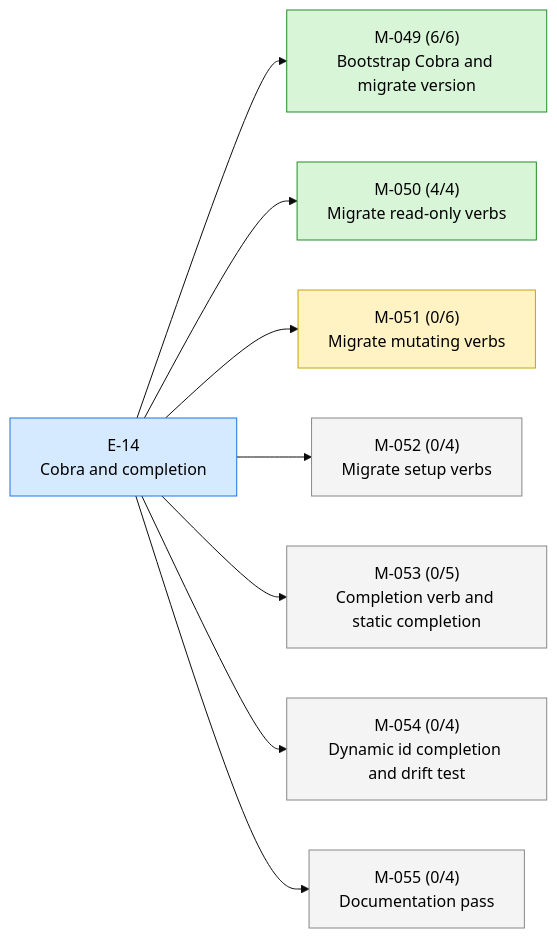
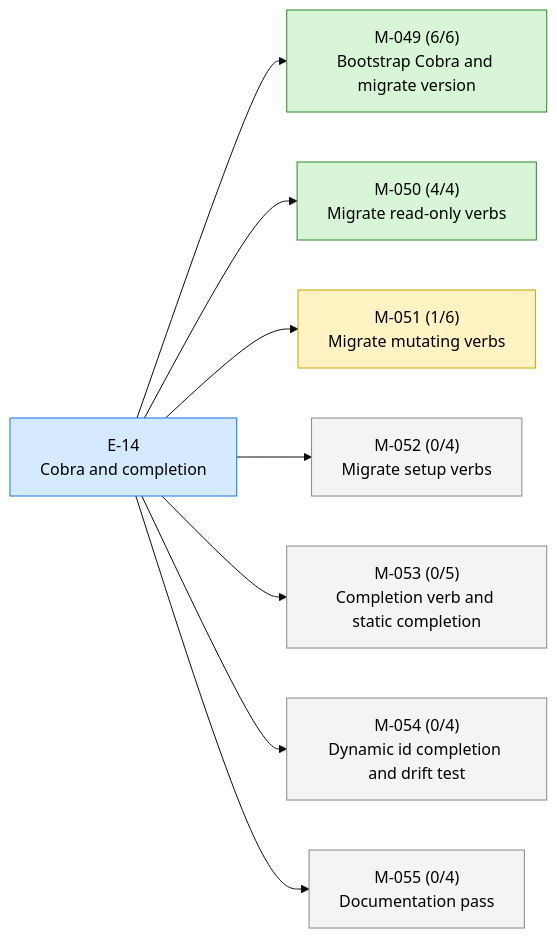
Before and after one commit to 23min/aiwf: the first of 2 diagrams in STATUS.md, drawn with Mermaid (base theme). The commit also changed other lines of this file and 1 other file, not shown here.

Commit message:
aiwf promote M-051/AC-1 open -> met
aiwf-verb: promote
aiwf-entity: M-051/AC-1
aiwf-actor: human/peter
aiwf-to: met

````diff
--- a/STATUS.md
+++ b/STATUS.md
@@ -17,24 +17,24 @@
 ```mermaid
 flowchart LR
   E_14["E-14<br/>Cobra and completion"]:::epic_active
   M_049["M-049 (6/6)<br/>Bootstrap Cobra and migrate version"]:::ms_done
   E_14 --> M_049
   M_050["M-050 (4/4)<br/>Migrate read-only verbs"]:::ms_done
   E_14 --> M_050
-  M_051["M-051 (0/6)<br/>Migrate mutating verbs"]:::ms_in_progress
+  M_051["M-051 (1/6)<br/>Migrate mutating verbs"]:::ms_in_progress
   E_14 --> M_051
   M_052["M-052 (0/4)<br/>Migrate setup verbs"]:::ms_draft
   E_14 --> M_052
   M_053["M-053 (0/5)<br/>Completion verb and static completion"]:::ms_draft
   E_14 --> M_053
   M_054["M-054 (0/4)<br/>Dynamic id completion and drift test"]:::ms_draft
   E_14 --> M_054
   M_055["M-055 (0/4)<br/>Documentation pass"]:::ms_draft
   E_14 --> M_055
   classDef epic_active fill:#d6eaff,stroke:#1a73e8,color:#000
   classDef epic_proposed fill:#f4f4f4,stroke:#888,color:#000
   classDef ms_done fill:#d8f5d8,stroke:#2a8a2a,color:#000
   classDef ms_in_progress fill:#fff3c4,stroke:#caa400,color:#000
   classDef ms_draft fill:#f4f4f4,stroke:#888,color:#000
   classDef ms_cancelled fill:#fbeaea,stroke:#c33,color:#000
 ```
````
